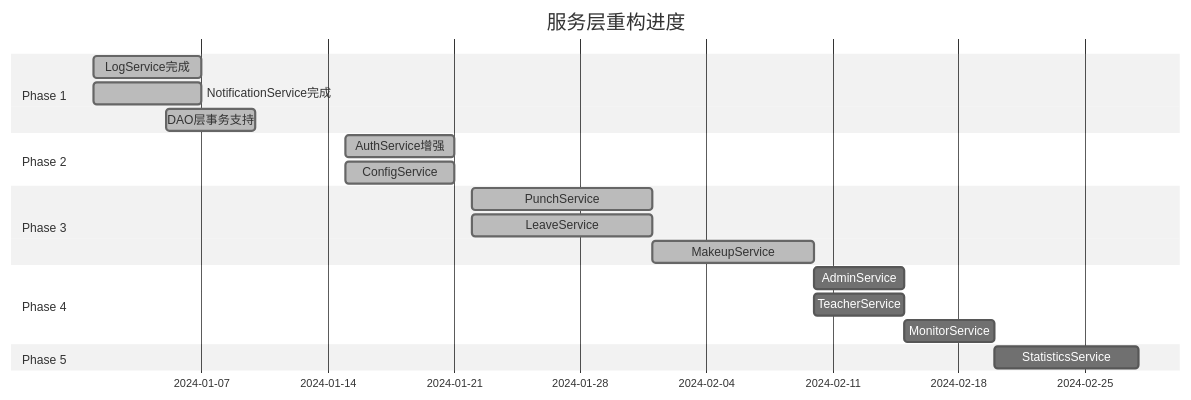
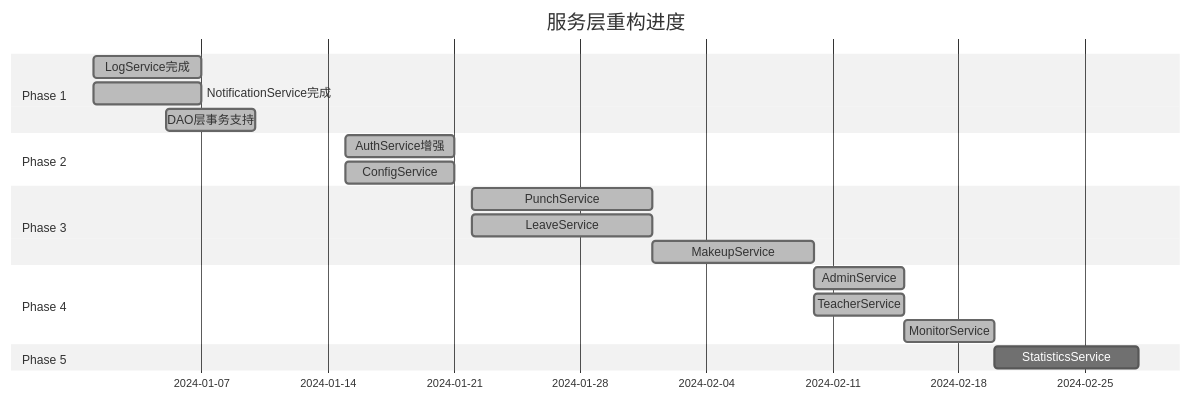
The seventh of 17 diagrams in README.md (cchharrmmmmyyy/class-checkin-wxapp), drawn with Mermaid (neutral theme) before and after one commit. The commit also changed other lines of this file, not shown here.

````diff
--- a/README.md
+++ b/README.md
@@ -368,22 +368,22 @@
 ```mermaid
 gantt
     title 服务层重构进度
     dateFormat YYYY-MM-DD
     section Phase 1
     LogService完成          :done, 2024-01-01, 2024-01-07
     NotificationService完成  :done, 2024-01-01, 2024-01-07
     DAO层事务支持           :done, 2024-01-05, 2024-01-10
     section Phase 2
     AuthService增强         :done, 2024-01-15, 2024-01-21
     ConfigService          :done, 2024-01-15, 2024-01-21
     section Phase 3
     PunchService           :done, 2024-01-22, 2024-02-01
     LeaveService           :done, 2024-01-22, 2024-02-01
     MakeupService          :done, 2024-02-01, 2024-02-10
     section Phase 4
-    AdminService           :todo, 2024-02-10, 2024-02-15
-    TeacherService          :todo, 2024-02-10, 2024-02-15
-    MonitorService         :todo, 2024-02-15, 2024-02-20
+    AdminService           :done, 2024-02-10, 2024-02-15
+    TeacherService          :done, 2024-02-10, 2024-02-15
+    MonitorService         :done, 2024-02-15, 2024-02-20
     section Phase 5
     StatisticsService      :todo, 2024-02-20, 2024-02-28
 ```
````
